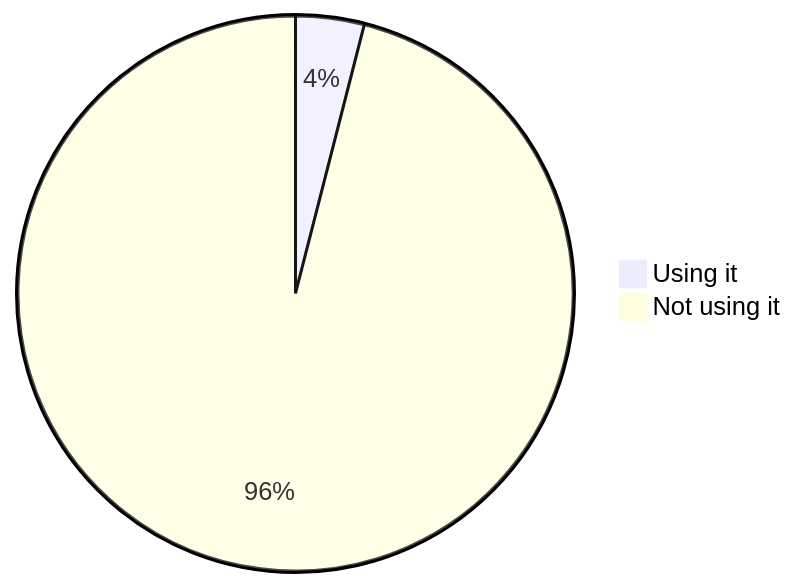
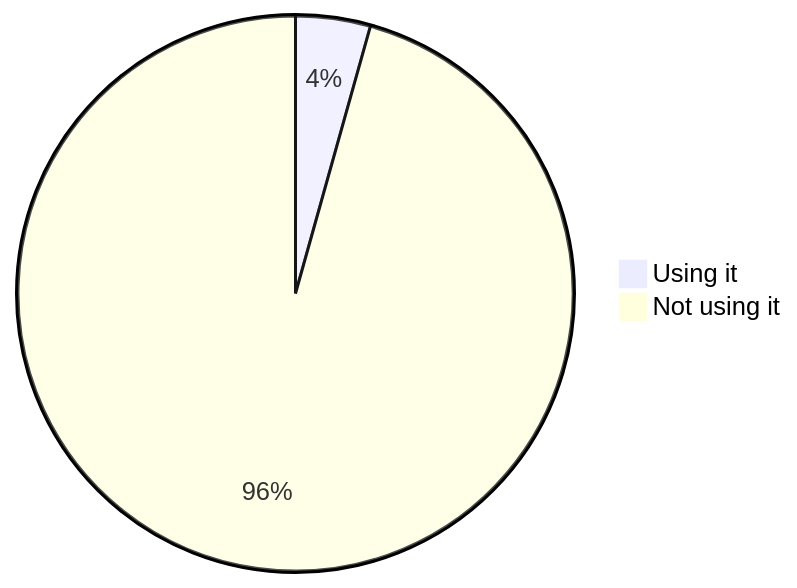
The sixth of 22 diagrams in stats.md (oshp/oshp-stats), drawn with Mermaid before and after one commit. The commit also changed other lines of this file, not shown here.

````diff
--- a/stats.md
+++ b/stats.md
@@ -70,6 +70,6 @@
 ```mermaid
 pie
-	"Using it" : 3.99
-	"Not using it" : 96.01
+	"Using it" : 4.35
+	"Not using it" : 95.65
 
 ```
````
